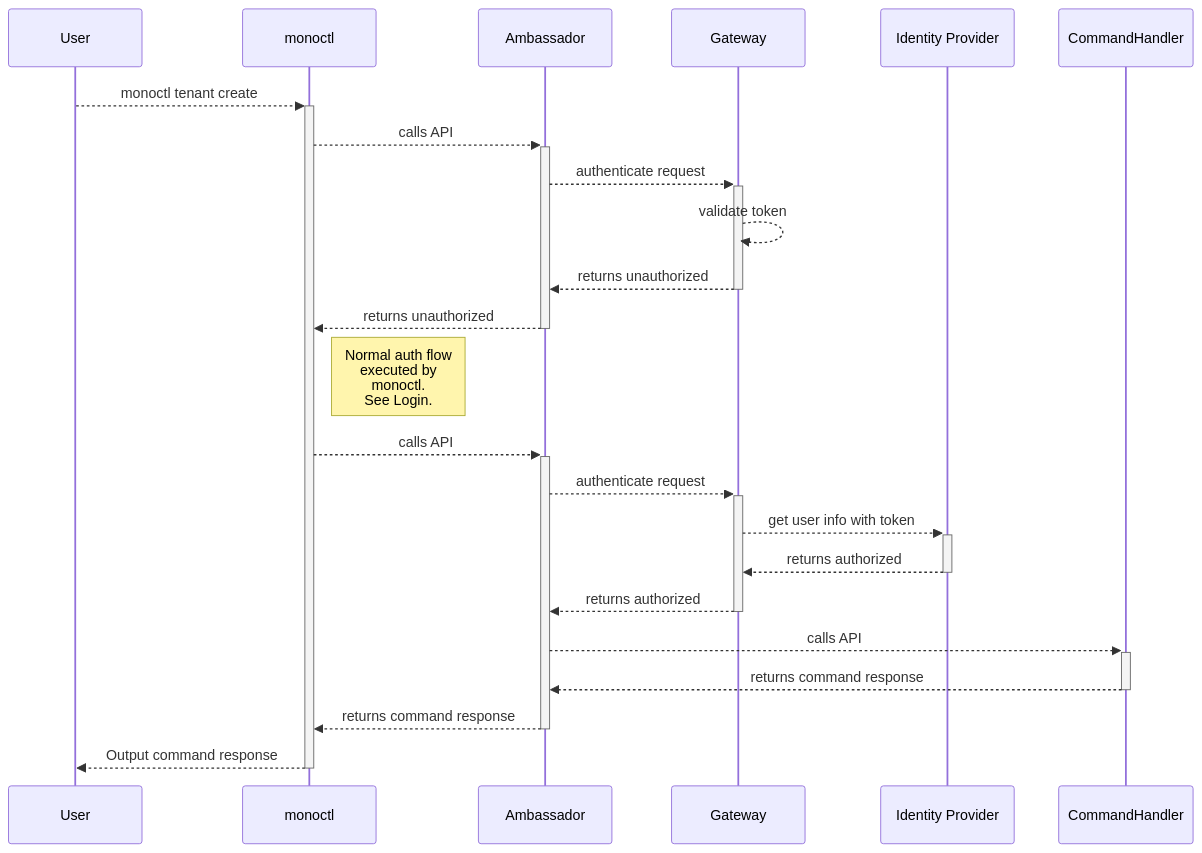
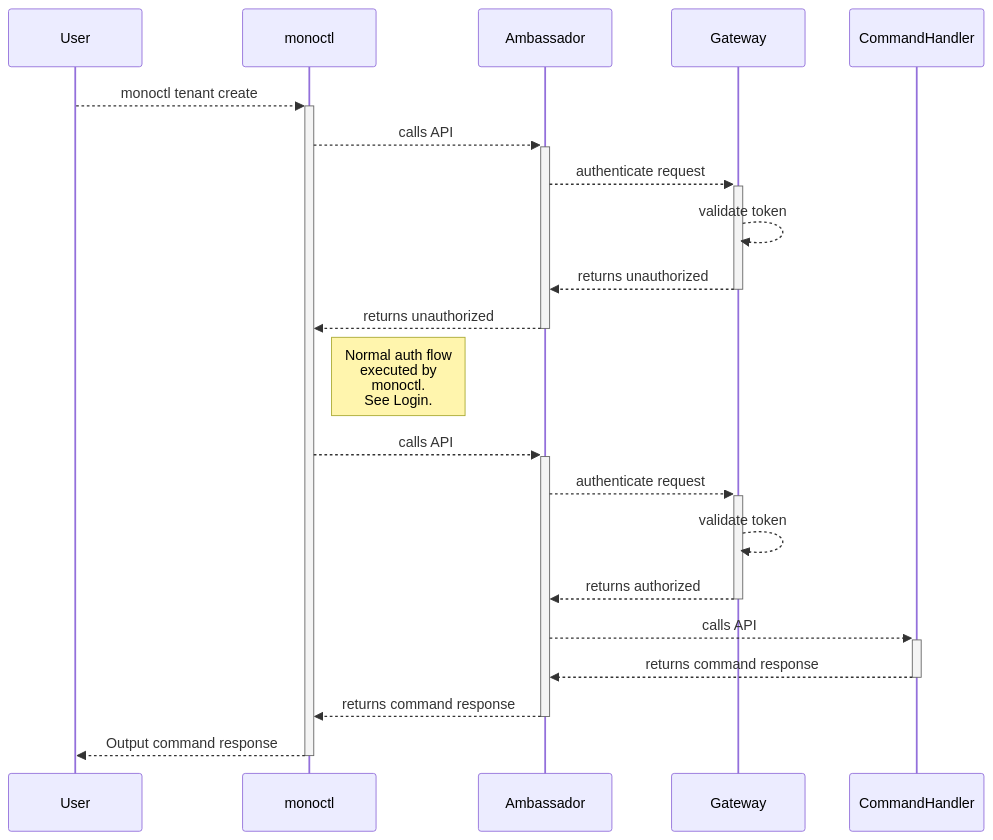
One commit to finleap-connect/monoskope changed the diagram in docs/flow-charts/sd-monoctl-refresh.mmd. Above: the diagram before and after it, drawn with Mermaid. The commit also changed 1 other file, not shown here.

```diff
--- a/docs/flow-charts/sd-monoctl-refresh.mmd
+++ b/docs/flow-charts/sd-monoctl-refresh.mmd
@@ -1,23 +1,21 @@
 sequenceDiagram
     participant U as User
     participant M as monoctl
     participant A as Ambassador
     participant G as Gateway
-    participant I as Identity Provider
     participant C as CommandHandler
     U-->>+M: monoctl tenant create
     M-->>+A: calls API
     A-->>+G: authenticate request
     G-->>G: validate token
     G-->>-A: returns unauthorized
     A-->>-M: returns unauthorized
     Note right of M: Normal auth flow<br> executed by<br>monoctl.<br>See Login.
     M-->>+A: calls API
     A-->>+G: authenticate request
-    G-->>+I: get user info with token
-    I-->>-G: returns authorized
+    G-->>G: validate token
     G-->>-A: returns authorized
     A-->>+C: calls API
     C-->>-A: returns command response
     A-->>-M: returns command response
     M-->>-U: Output command response
```
